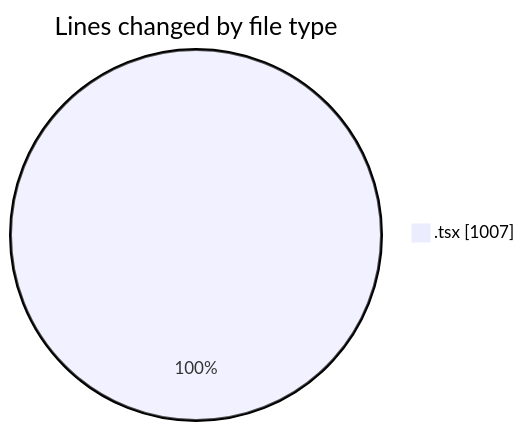
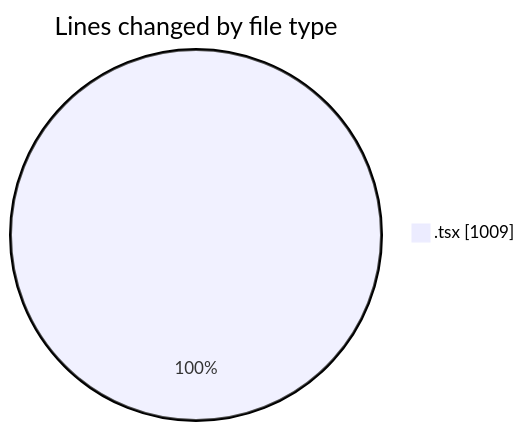
One commit to JenPaints/code-tracking changed the first of 2 diagrams in 2025-06-25/archive/README.md. Above: the diagram before and after it, drawn with Mermaid. The commit also changed other lines of this file and 1 other file, not shown here.

````diff
--- a/2025-06-25/archive/README.md
+++ b/2025-06-25/archive/README.md
@@ -21,5 +21,5 @@
 ```mermaid
 pie showData
 title Lines changed by file type
-".tsx" : 1007
+".tsx" : 1009
 ```
````
